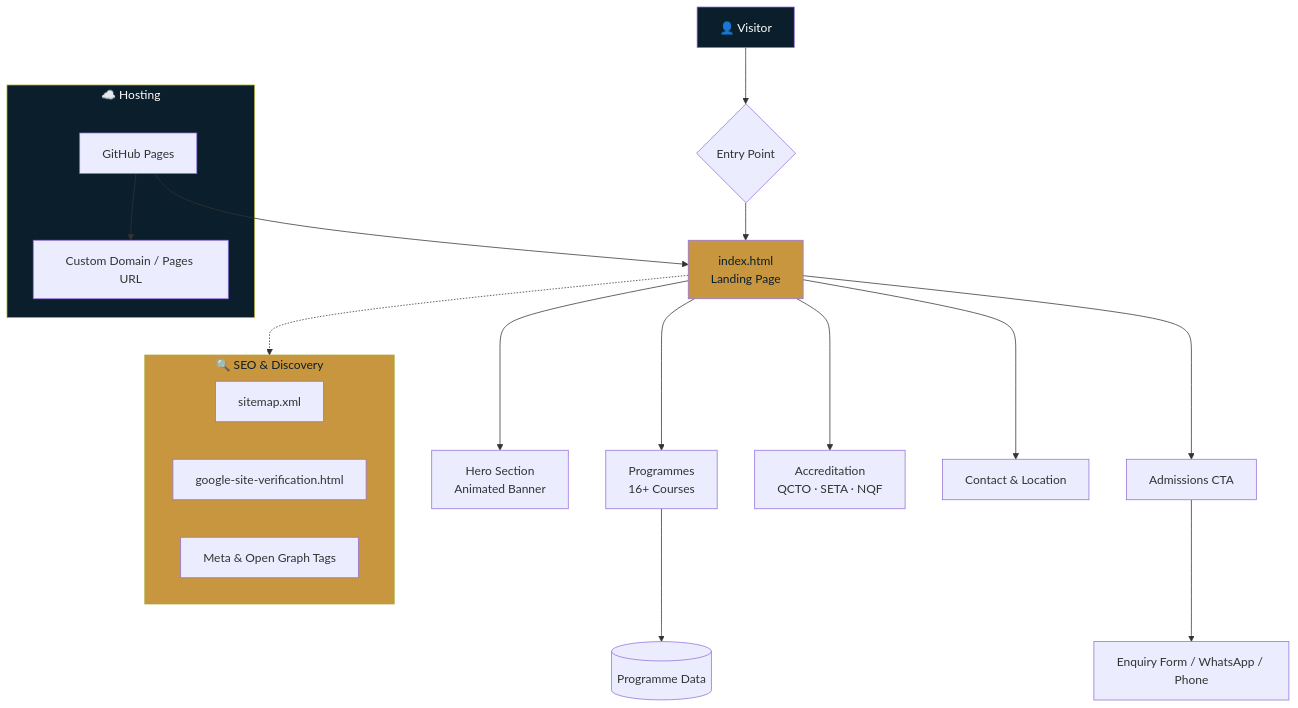
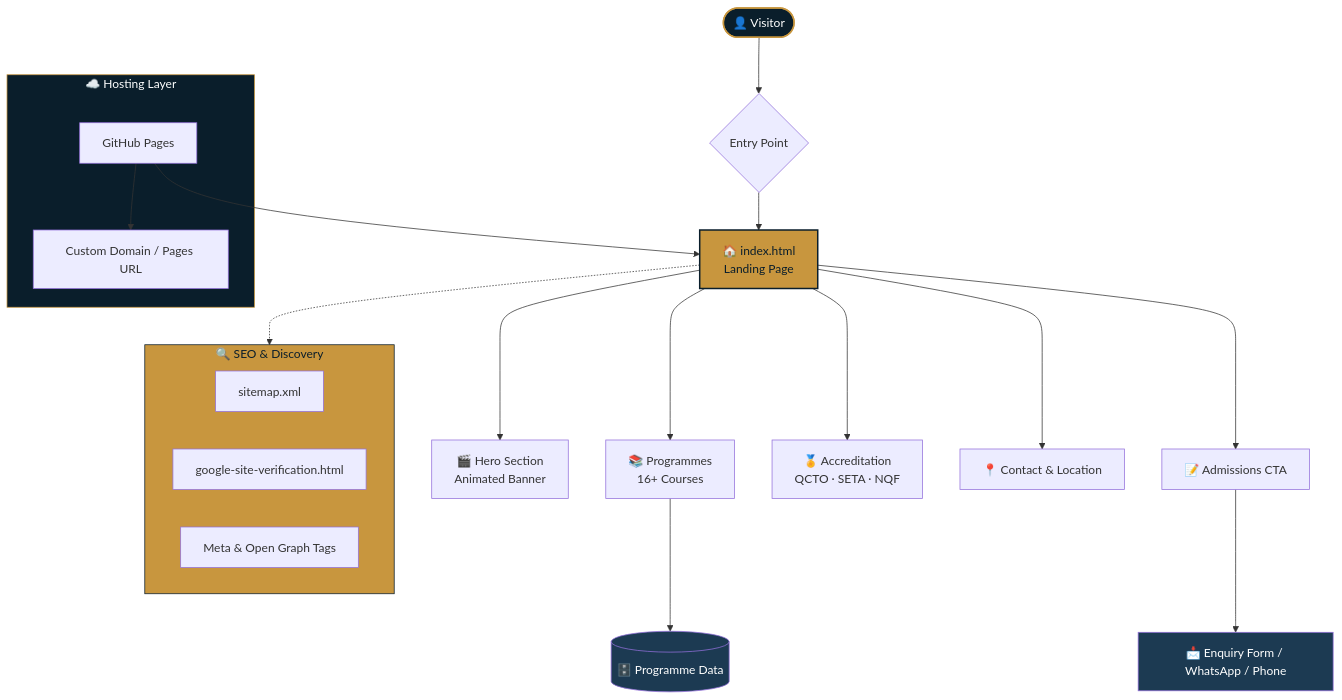
Before and after one commit to AkukhanyeSDP/akukhanye-college: the first of 6 diagrams in README.md, drawn with Mermaid. The commit also changed other lines of this file, not shown here.

````diff
--- a/README.md
+++ b/README.md
@@ -70,34 +86,36 @@
 ```mermaid
 flowchart TD
-    A[👤 Visitor] --> B{Entry Point}
-    B --> C[index.html<br/>Landing Page]
-    C --> D[Hero Section<br/>Animated Banner]
-    C --> E[Programmes<br/>16+ Courses]
-    C --> F[Accreditation<br/>QCTO · SETA · NQF]
-    C --> G[Contact &amp; Location]
-    C --> H[Admissions CTA]
+    A(["👤 Visitor"]) --> B{Entry Point}
+    B --> C["🏠 index.html<br/>Landing Page"]
+    C --> D["🎬 Hero Section<br/>Animated Banner"]
+    C --> E["📚 Programmes<br/>16+ Courses"]
+    C --> F["🏅 Accreditation<br/>QCTO · SETA · NQF"]
+    C --> G["📍 Contact &amp; Location"]
+    C --> H["📝 Admissions CTA"]
 
-    H --> I[Enquiry Form / WhatsApp / Phone]
-    E --> J[(Programme Data)]
+    H --> I["📩 Enquiry Form / WhatsApp / Phone"]
+    E --> J[("🗄️ Programme Data")]
 
     subgraph SEO["🔍 SEO &amp; Discovery"]
-        K[sitemap.xml]
-        L[google-site-verification.html]
-        M[Meta &amp; Open Graph Tags]
+        K["sitemap.xml"]
+        L["google-site-verification.html"]
+        M["Meta &amp; Open Graph Tags"]
     end
 
     C -.-> SEO
 
-    subgraph HOST["☁️ Hosting"]
-        N[GitHub Pages]
-        O[Custom Domain / Pages URL]
+    subgraph HOST["☁️ Hosting Layer"]
+        N["GitHub Pages"]
+        O["Custom Domain / Pages URL"]
     end
 
     N --> C
     N --> O
 
-    style A fill:#0a1e2b,color:#fff
-    style C fill:#c8963e,color:#0a1e2b
-    style HOST fill:#0a1e2b,color:#fff
-    style SEO fill:#c8963e,color:#0a1e2b
+    style A fill:#0a1e2b,color:#fff,stroke:#c8963e,stroke-width:2px
+    style C fill:#c8963e,color:#0a1e2b,stroke:#0a1e2b,stroke-width:2px
+    style HOST fill:#0a1e2b,color:#fff,stroke:#c8963e
+    style SEO fill:#c8963e,color:#0a1e2b,stroke:#0a1e2b
+    style I fill:#1c3a52,color:#fff
+    style J fill:#1c3a52,color:#fff
 ```
````
